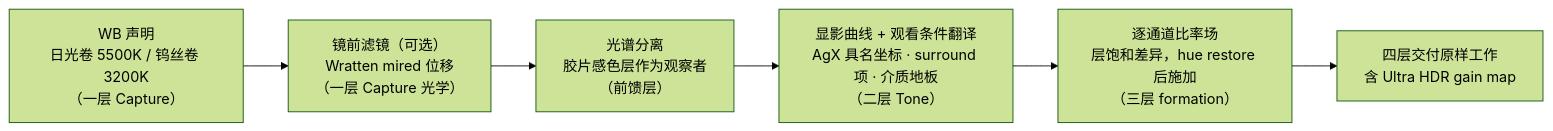
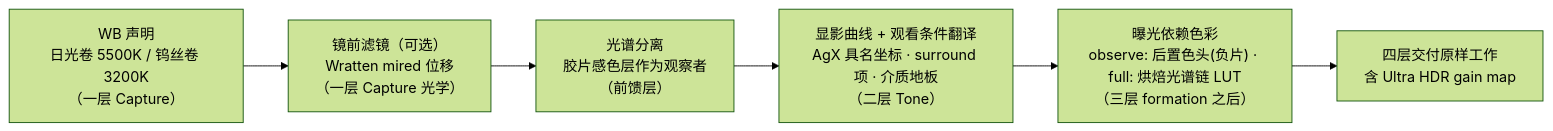
One commit to Gen-416/AgXRAW changed the third of 3 diagrams in docs/ARCHITECTURE.zh-CN.md. Above: the diagram before and after it, drawn with Mermaid (forest theme). The commit also changed other lines of this file and 62 other files, not shown here.

````diff
--- a/docs/ARCHITECTURE.zh-CN.md
+++ b/docs/ARCHITECTURE.zh-CN.md
@@ -774,10 +774,10 @@
 ```mermaid
 flowchart LR
     D1["WB 声明<br/>日光卷 5500K / 钨丝卷 3200K<br/>（一层 Capture）"]
     D2["镜前滤镜（可选）<br/>Wratten mired 位移<br/>（一层 Capture 光学）"]
     D3["光谱分离<br/>胶片感色层作为观察者<br/>（前馈层）"]
     D4["显影曲线 + 观看条件翻译<br/>AgX 具名坐标 · surround 项 · 介质地板<br/>（二层 Tone）"]
-    D5["逐通道比率场<br/>层饱和差异，hue restore 后施加<br/>（三层 formation）"]
+    D5["曝光依赖色彩<br/>observe: 后置色头(负片) · full: 烘焙光谱链 LUT<br/>（三层 formation 之后）"]
     D1 --> D2 --> D3 --> D4 --> D5
     D5 --> OUT["四层交付原样工作<br/>含 Ultra HDR gain map"]
 ```
````
